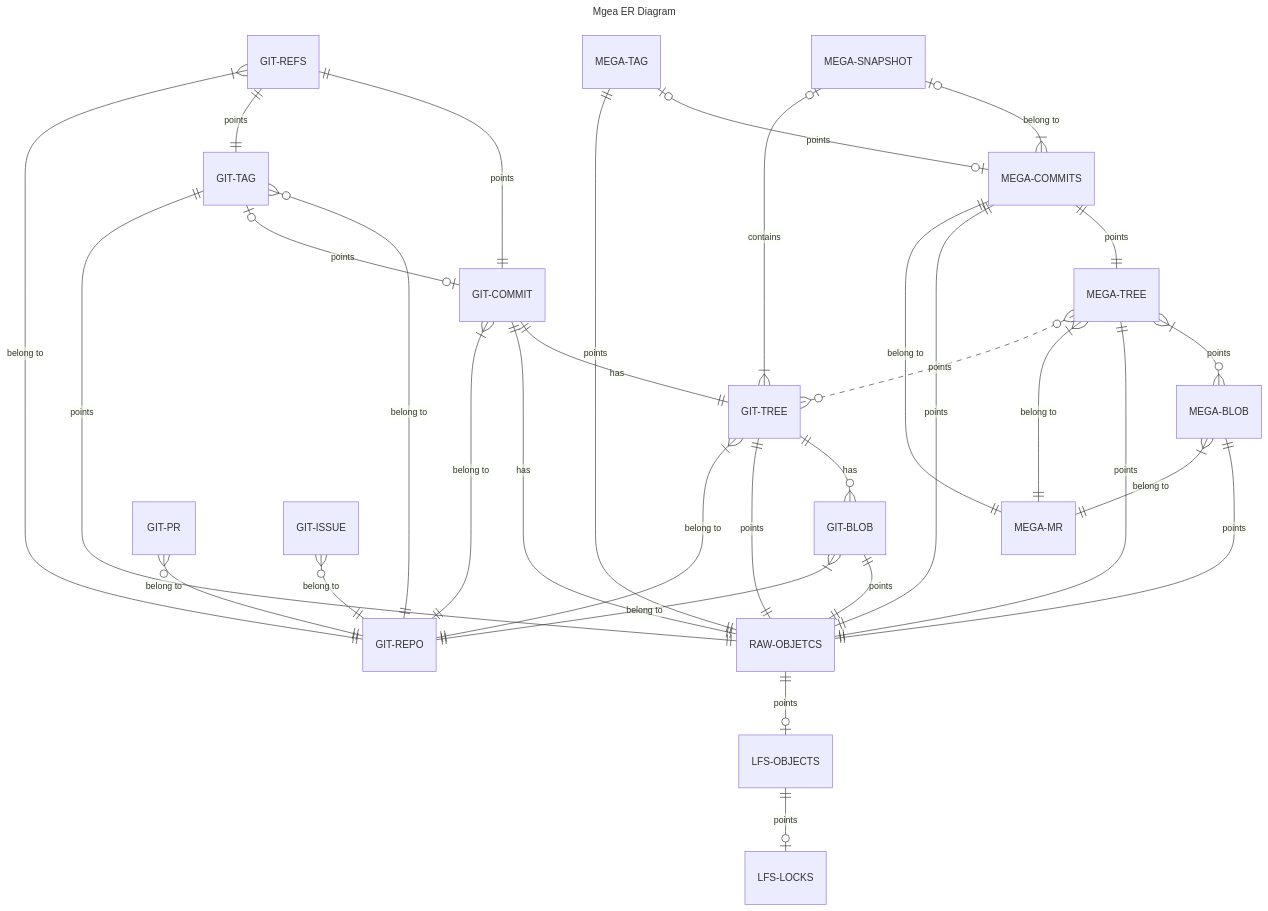
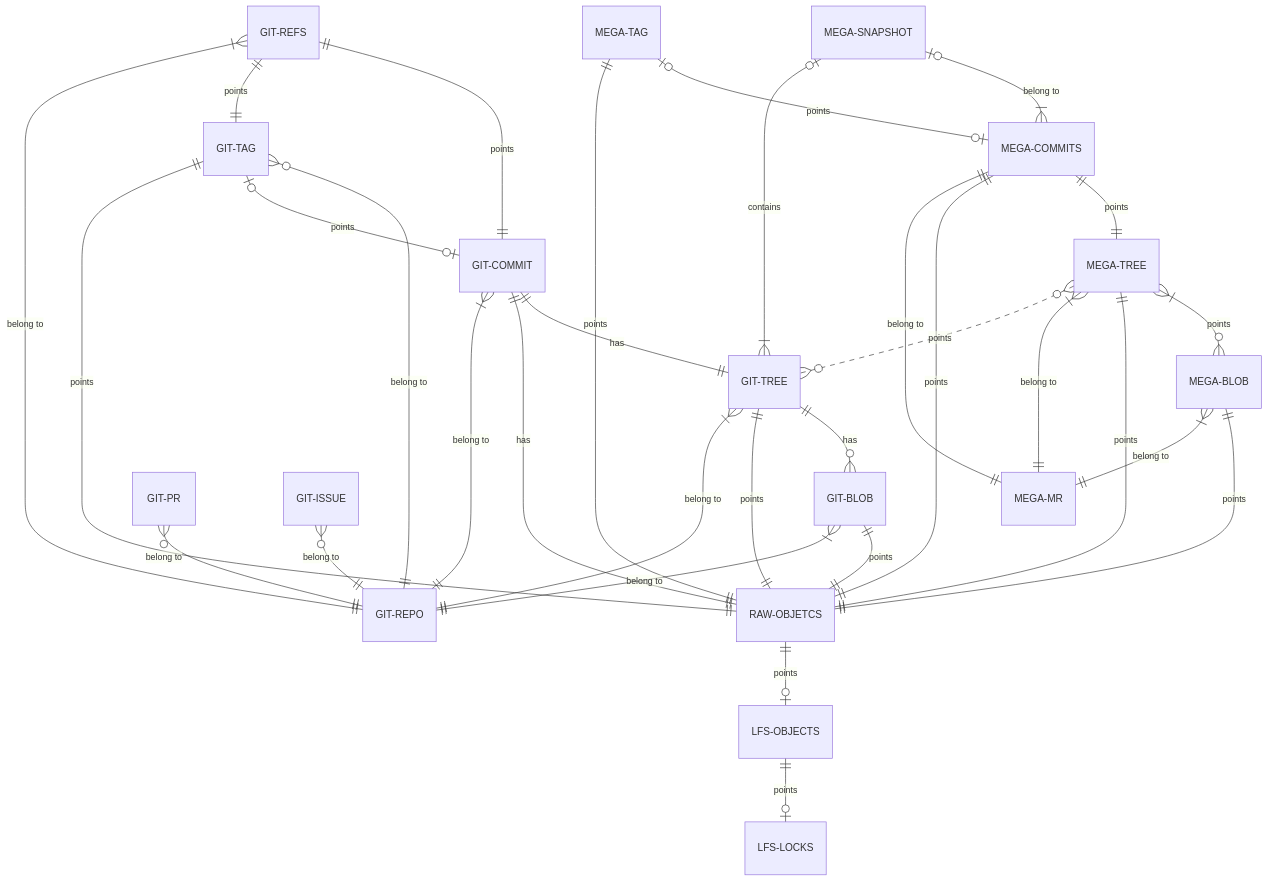
One commit to web3infra-foundation/mega changed the diagram in docs/database.md. Above: the diagram before and after it, drawn with Mermaid.

Commit message:
Fix the mermaid ER Diagram display error in the GitHub page

````diff
--- a/docs/database.md
+++ b/docs/database.md
@@ -58,45 +58,42 @@
   ```mermaid
-  ---
-  title: Mgea ER Diagram
-  ---
 %%{init: {"theme": "default", "themeCSS": ["[id*=m] .er.entityBox { fill: orange;}"]}}%%
 
 erDiagram
     msnap["MEGA-SNAPSHOT"] mc["MEGA-COMMITS"] mt["MEGA-TREE"] mb["MEGA-BLOB"] mtag["MEGA-TAG"] mmr["MEGA-MR"]
     grp["GIT-REPO"] grf["GIT-REFS"] gc["GIT-COMMIT"] gt["GIT-TREE"] gb["GIT-BLOB"] gtag["GIT-TAG"] gp["GIT-PR"] gi["GIT-ISSUE"]
     raw["RAW-OBJETCS"]
     lo["LFS-OBJECTS"] lk["LFS-LOCKS"]
 
     msnap |o--|{ mc : "belong to"
     msnap |o--|{ gt : contains
     mc ||--|| mt : points
     mc ||--|| raw : points
     mc ||--|| mmr : "belong to"
     mt }|--o{ mb : points
     mt ||--|| raw : points
     mt }|--|| mmr : "belong to"
     mt }o..o{ gt : points
     mb ||--|| raw : points
     mb }|--|| mmr : "belong to"
     mtag |o--o| mc : points
     mtag ||--|| raw : points
     raw ||--o| lo : points
     lo ||--o| lk : points
     gp }o--|| grp : "belong to"
     gi }o--|| grp : "belong to"
     grf ||--|| gc : points
     grf ||--|| gtag : points
     grf }|--|| grp : "belong to"
     gc ||--|| gt : has
     gc ||--|| raw : has
     gc }|--|| grp : "belong to"
     gt ||--o{ gb : has
     gt ||--|| raw : points
     gt }|--|| grp : "belong to"
     gb ||--|| raw : points
     gb }|--|| grp : "belong to"
     gtag }o--|| grp : "belong to"
     gtag |o--o| gc : points
     gtag ||--|| raw : points
 
   ```
````
